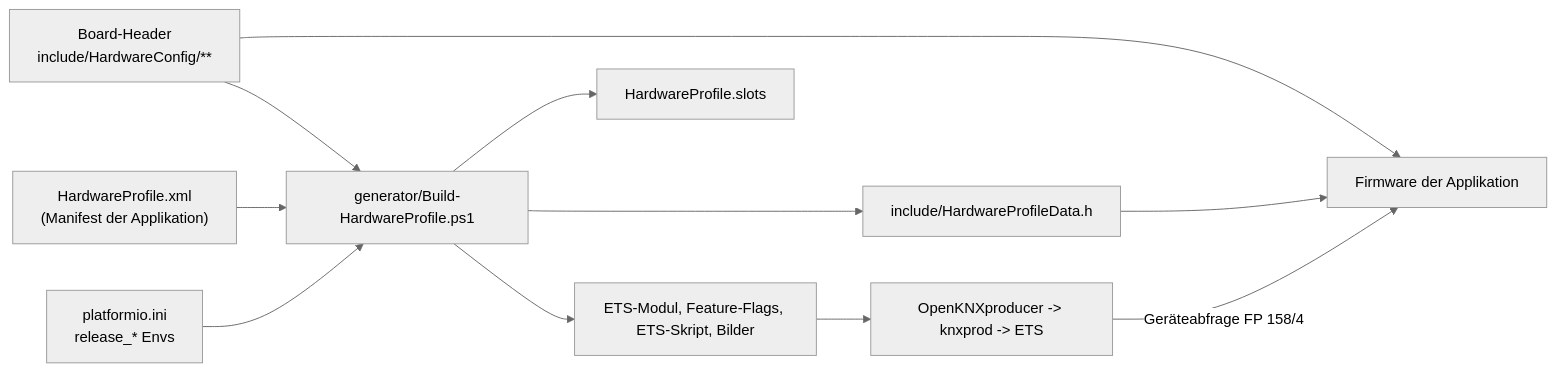
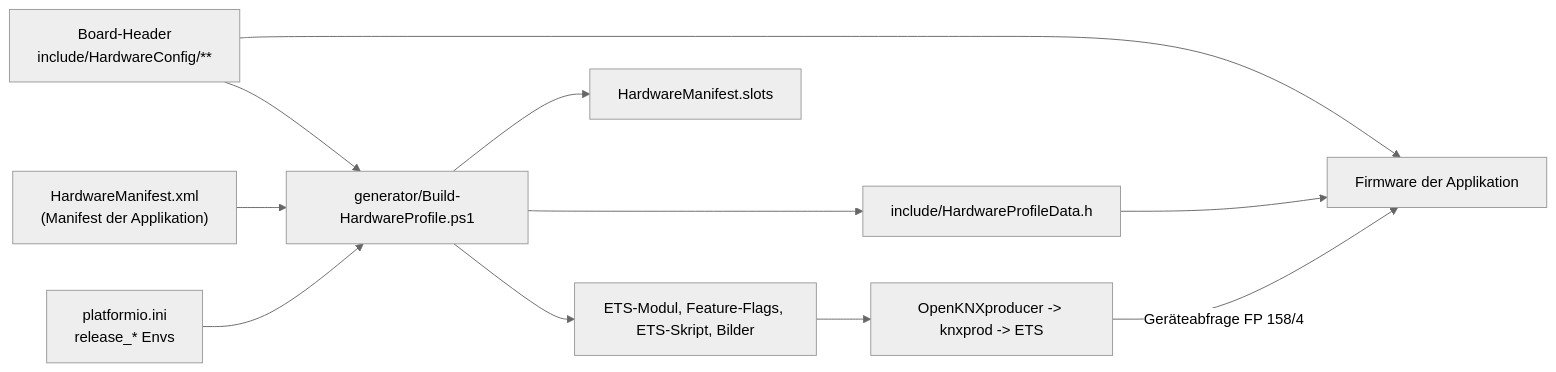
The diagram in README.md (OpenKNX/OGM-HardwareConfig), drawn with Mermaid (neutral theme) before and after one commit. The commit also changed other lines of this file and 17 other files, not shown here.

First line of the commit message:
refactor - manifest-name: HardwareManifest.xml with root element <HardwareManifest> instead of HardwareProfile.xml

````diff
--- a/README.md
+++ b/README.md
@@ -18,13 +18,13 @@
 ```mermaid
 flowchart LR
   H["Board-Header<br/>include/HardwareConfig/**"] --> FW["Firmware der Applikation"]
   H --> G["generator/Build-HardwareProfile.ps1"]
-  M["HardwareProfile.xml<br/>(Manifest der Applikation)"] --> G
+  M["HardwareManifest.xml<br/>(Manifest der Applikation)"] --> G
   P["platformio.ini<br/>release_* Envs"] --> G
   G --> X["ETS-Modul, Feature-Flags, ETS-Skript, Bilder"]
   G --> D["include/HardwareProfileData.h"]
-  G --> S["HardwareProfile.slots"]
+  G --> S["HardwareManifest.slots"]
   X --> O["OpenKNXproducer -> knxprod -> ETS"]
   D --> FW
   O -- "Geräteabfrage FP 158/4" --> FW
 ```
````
